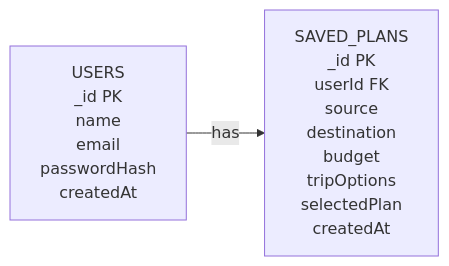
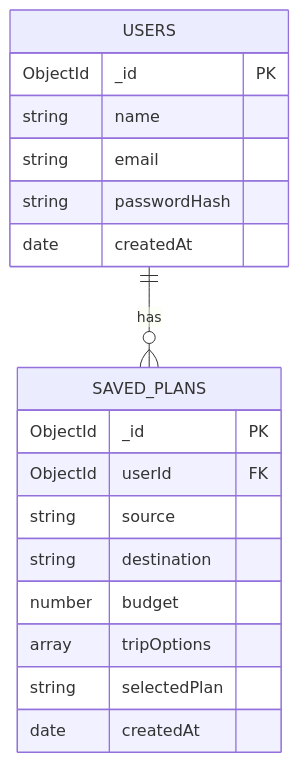
One commit to samar-abbas-786/Thoughtify changed the diagram in README.md. Above: the diagram before and after it, drawn with Mermaid.

````diff
--- a/README.md
+++ b/README.md
@@ -1,21 +1,23 @@
 ```mermaid
-flowchart LR
-    USERS["USERS
-_id PK
-name
-email
-passwordHash
-createdAt"] 
-    SAVED_PLANS["SAVED_PLANS
-_id PK
-userId FK
-source
-destination
-budget
-tripOptions
-selectedPlan
-createdAt"]
+erDiagram
+USERS {
+    ObjectId _id PK
+    string name
+    string email
+    string passwordHash
+    date createdAt
+}
+SAVED_PLANS {
+    ObjectId _id PK
+    ObjectId userId FK
+    string source
+    string destination
+    number budget
+    array tripOptions
+    string selectedPlan
+    date createdAt
+}
+USERS ||--o{ SAVED_PLANS : "has"
 
-    USERS -->|has| SAVED_PLANS
 
 ```
````
